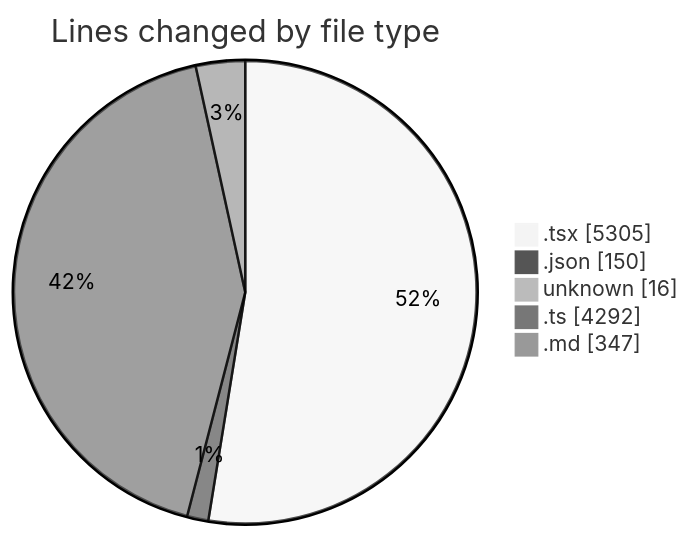
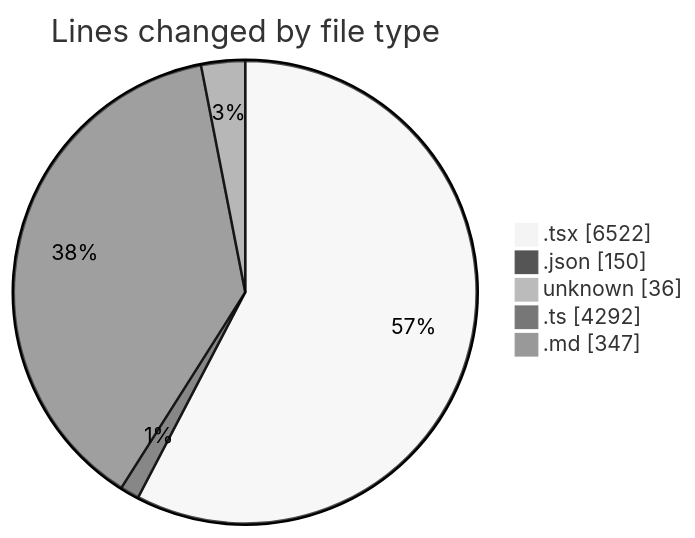
Before and after one commit to ernivani/code-tracking: the first of 2 diagrams in 2025-01-03/tinycms/README.md, drawn with Mermaid (neutral theme). The commit also changed other lines of this file and 3 other files, not shown here.

````diff
--- a/2025-01-03/tinycms/README.md
+++ b/2025-01-03/tinycms/README.md
@@ -53,9 +56,9 @@
 ```mermaid
 pie showData
 title Lines changed by file type
-".tsx" : 5305
+".tsx" : 6522
 ".json" : 150
-"unknown" : 16
+"unknown" : 36
 ".ts" : 4292
 ".md" : 347
 ```
````
